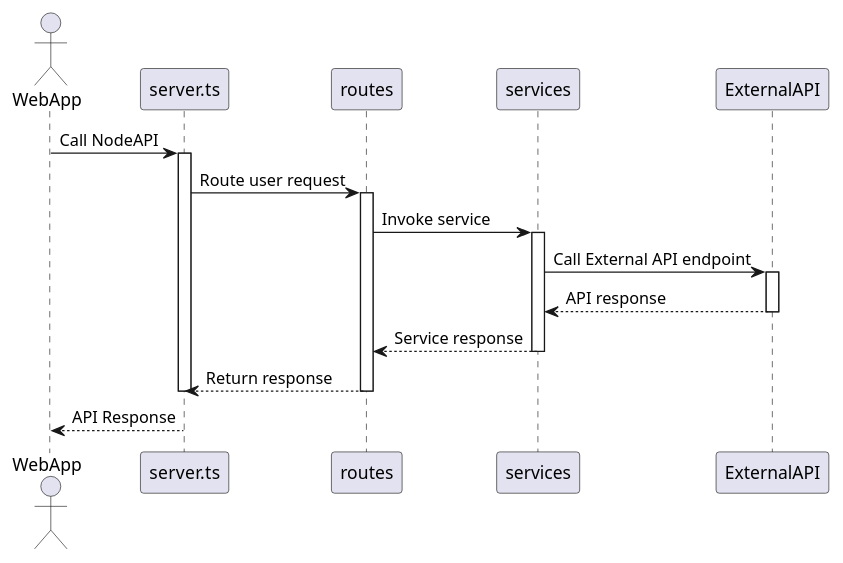
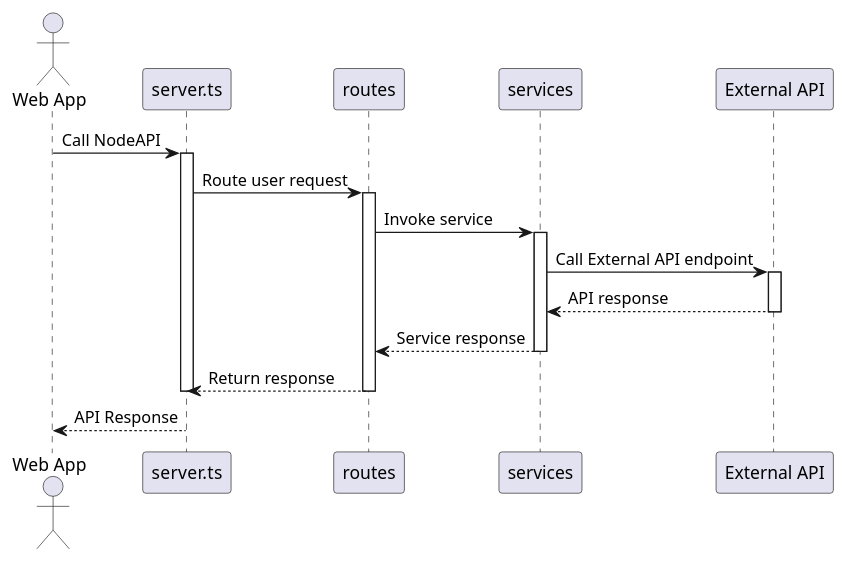
The diagram in diagrams/node-api-sequence.wsd (ardydedase/cookiecutter-express-react-ssr), drawn with PlantUML before and after one commit.

Commit message:
Update sequence

```diff
--- a/diagrams/node-api-sequence.wsd
+++ b/diagrams/node-api-sequence.wsd
@@ -1,19 +1,19 @@
 @startuml NodeAPI_Sequence
-actor WebApp
-WebApp -> server.ts: Call NodeAPI
+actor "Web App"
+"Web App" -> server.ts: Call NodeAPI
 activate server.ts
     server.ts -> routes: Route user request
     activate routes
         routes -> services: Invoke service
         activate services
-            services -> ExternalAPI: Call External API endpoint
-            activate ExternalAPI
-                ExternalAPI --> services: API response
-            deactivate ExternalAPI
+            services -> "External API": Call External API endpoint
+            activate "External API"
+                "External API" --> services: API response
+            deactivate "External API"
             services --> routes: Service response
         deactivate services
         routes --> server.ts: Return response
     deactivate routes
 deactivate server.ts
-server.ts --> WebApp: API Response
+server.ts --> "Web App": API Response
 @enduml
```
